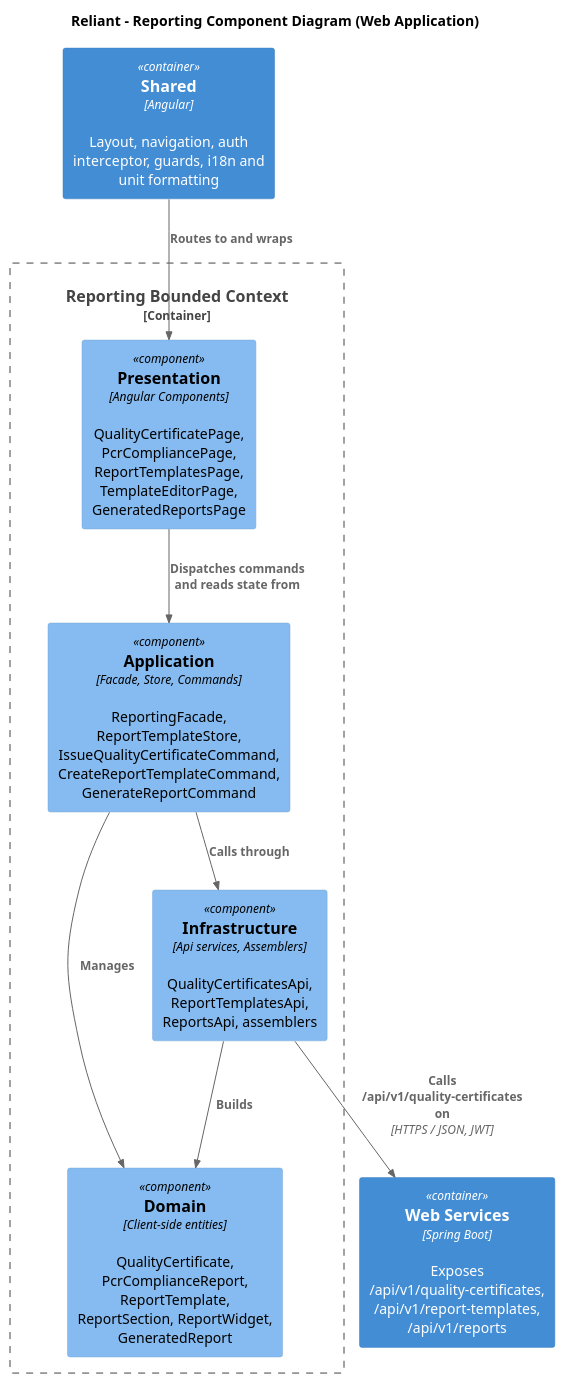
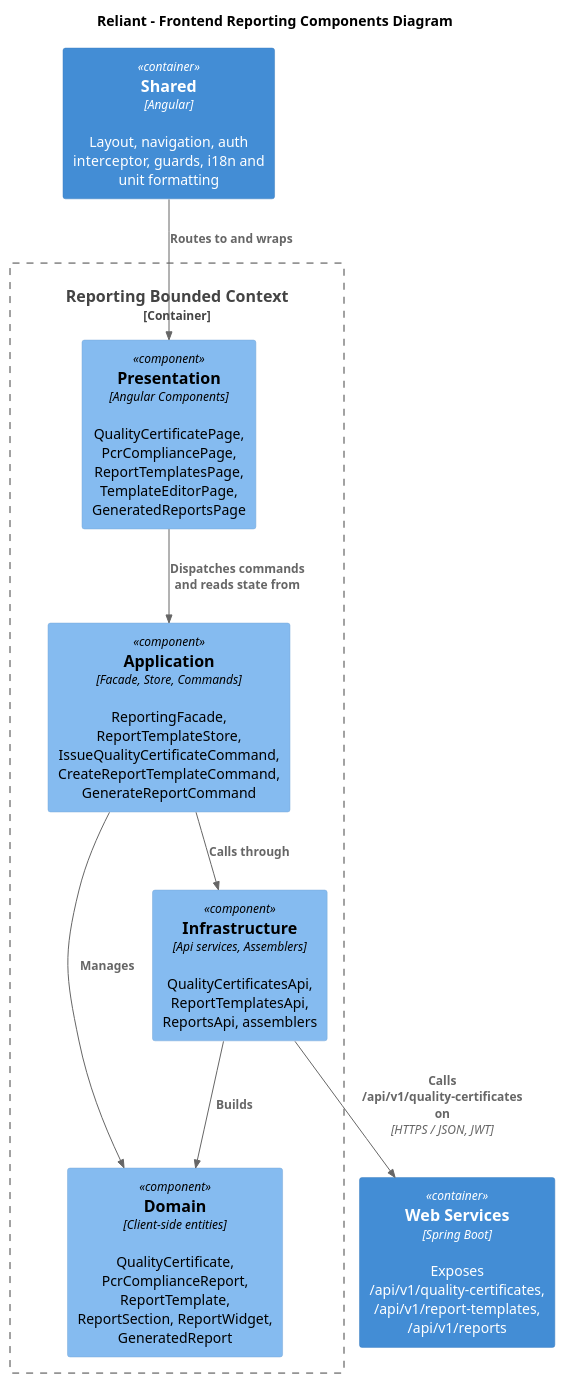
Before and after one commit to upc-pre-202620-1asi0729-7753-innovacorp/reliant-report: the diagram in assets/scripts/chapter-iv/component-diagrams/reliant-c4-components-reporting-web-application.puml, drawn with PlantUML. The commit also changed 61 other files, not shown here.

```diff
--- a/assets/scripts/chapter-iv/component-diagrams/reliant-c4-components-reporting-web-application.puml
+++ b/assets/scripts/chapter-iv/component-diagrams/reliant-c4-components-reporting-web-application.puml
@@ -1,22 +1,22 @@
 @startuml "Components-Reporting-Frontend"
 !includeurl https://raw.githubusercontent.com/plantuml-stdlib/C4-PlantUML/master/C4_Component.puml
 
-title Reliant - Reporting Component Diagram (Web Application)
+title Reliant - Frontend Reporting Components Diagram
 
 Container(api, "Web Services", "Spring Boot", "Exposes /api/v1/quality-certificates, /api/v1/report-templates, /api/v1/reports")
 Container(shared, "Shared", "Angular", "Layout, navigation, auth interceptor, guards, i18n and unit formatting")
 
 Container_Boundary(bc, "Reporting Bounded Context") {
     Component(presentation, "Presentation", "Angular Components", "QualityCertificatePage, PcrCompliancePage, ReportTemplatesPage, TemplateEditorPage, GeneratedReportsPage")
     Component(application, "Application", "Facade, Store, Commands", "ReportingFacade, ReportTemplateStore, IssueQualityCertificateCommand, CreateReportTemplateCommand, GenerateReportCommand")
     Component(domain, "Domain", "Client-side entities", "QualityCertificate, PcrComplianceReport, ReportTemplate, ReportSection, ReportWidget, GeneratedReport")
     Component(infrastructure, "Infrastructure", "Api services, Assemblers", "QualityCertificatesApi, ReportTemplatesApi, ReportsApi, assemblers")
 }
 
 Rel(shared, presentation, "Routes to and wraps")
 Rel(presentation, application, "Dispatches commands and reads state from")
 Rel(application, domain, "Manages")
 Rel(application, infrastructure, "Calls through")
 Rel(infrastructure, domain, "Builds")
 Rel(infrastructure, api, "Calls /api/v1/quality-certificates on", "HTTPS / JSON, JWT")
 @enduml
```
